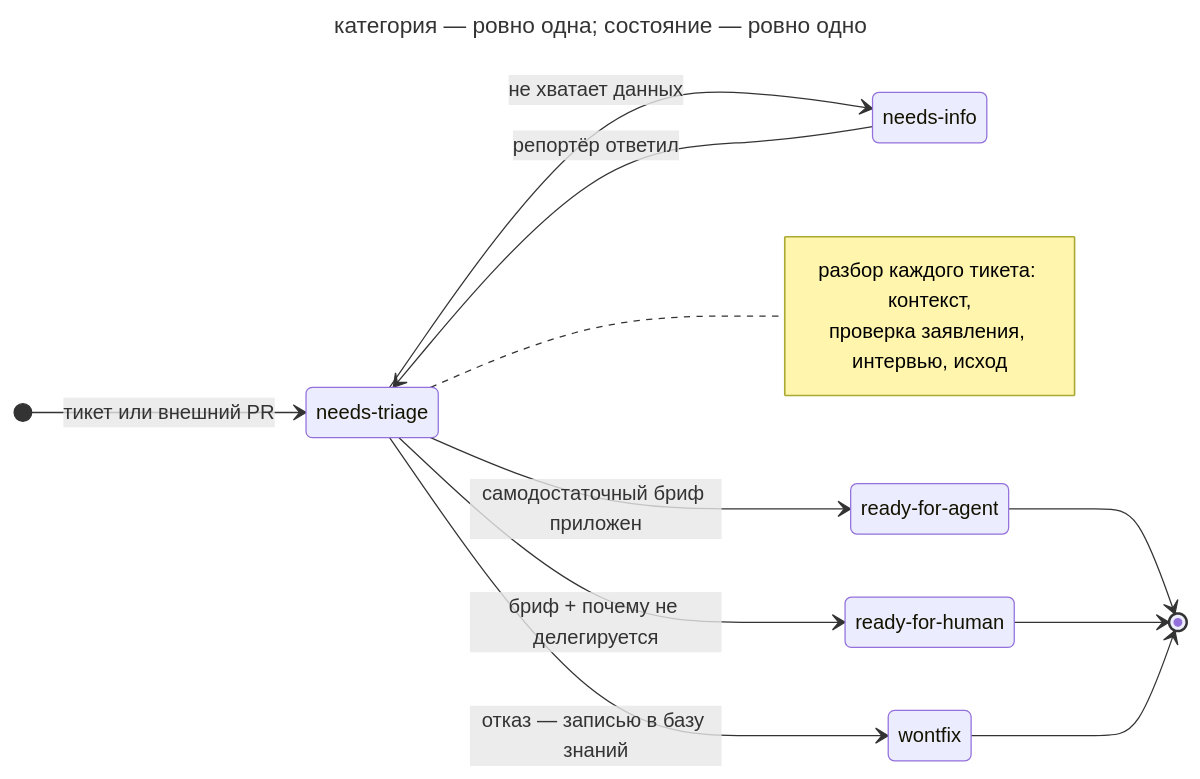
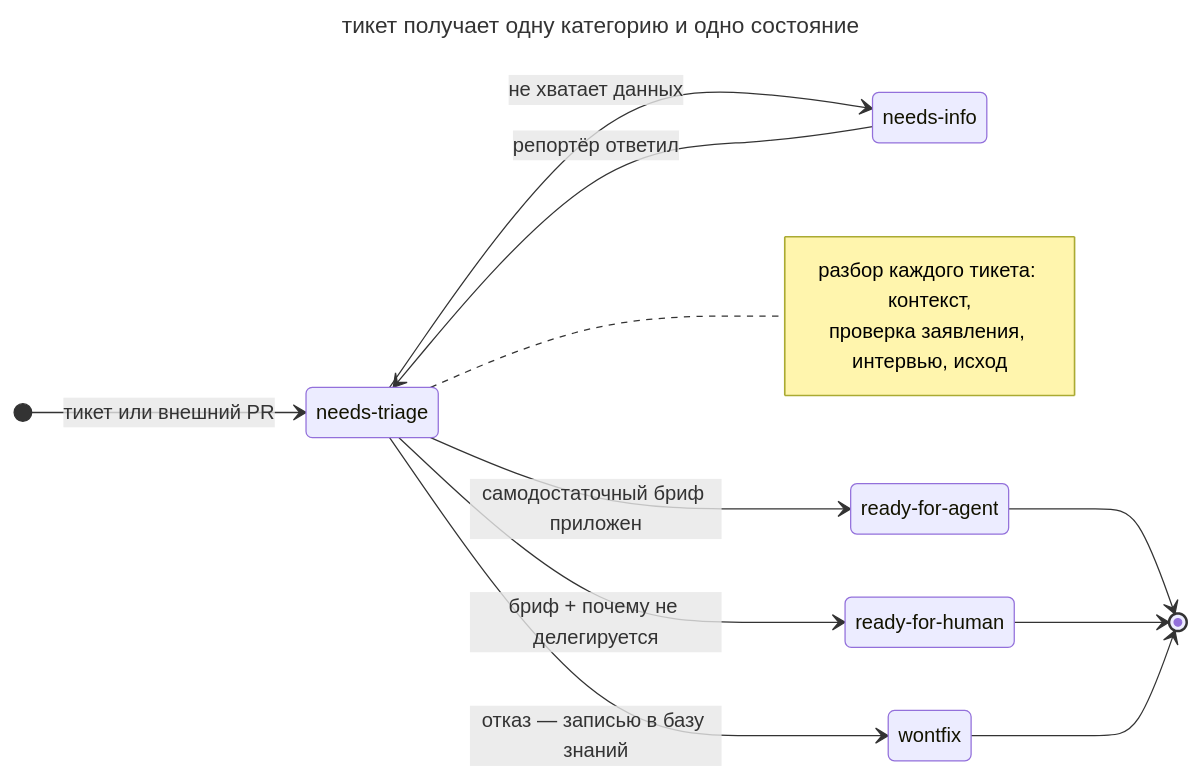
Before and after one commit to Rastavelli/agentic-coding-design-patterns: the diagram in book/ru/triage-state-machine.md, drawn with Mermaid. The commit also changed other lines of this file and 24 other files, not shown here.

Commit message:
docs: finish Russian prose review and align diagram captions

````diff
--- a/book/ru/triage-state-machine.md
+++ b/book/ru/triage-state-machine.md
@@ -78,30 +48,30 @@
 ```mermaid
 ---
-title: категория — ровно одна; состояние — ровно одно
+title: тикет получает одну категорию и одно состояние
 ---
 stateDiagram-v2
   direction LR
   state "needs-triage" as triage
   state "needs-info" as info
   state "ready-for-agent" as agent
   state "ready-for-human" as human
   state "wontfix" as wontfix
 
   class agent accent
   class wontfix warn
 
   [*] --> triage: тикет или внешний PR
   triage --> info: не хватает данных
   info --> triage: репортёр ответил
   triage --> agent: самодостаточный бриф приложен
   triage --> human: бриф + почему не делегируется
   triage --> wontfix: отказ — записью в базу знаний
   agent --> [*]
   human --> [*]
   wontfix --> [*]
 
   note right of triage
     разбор каждого тикета: контекст,
     проверка заявления, интервью, исход
   end note
 ```
````
